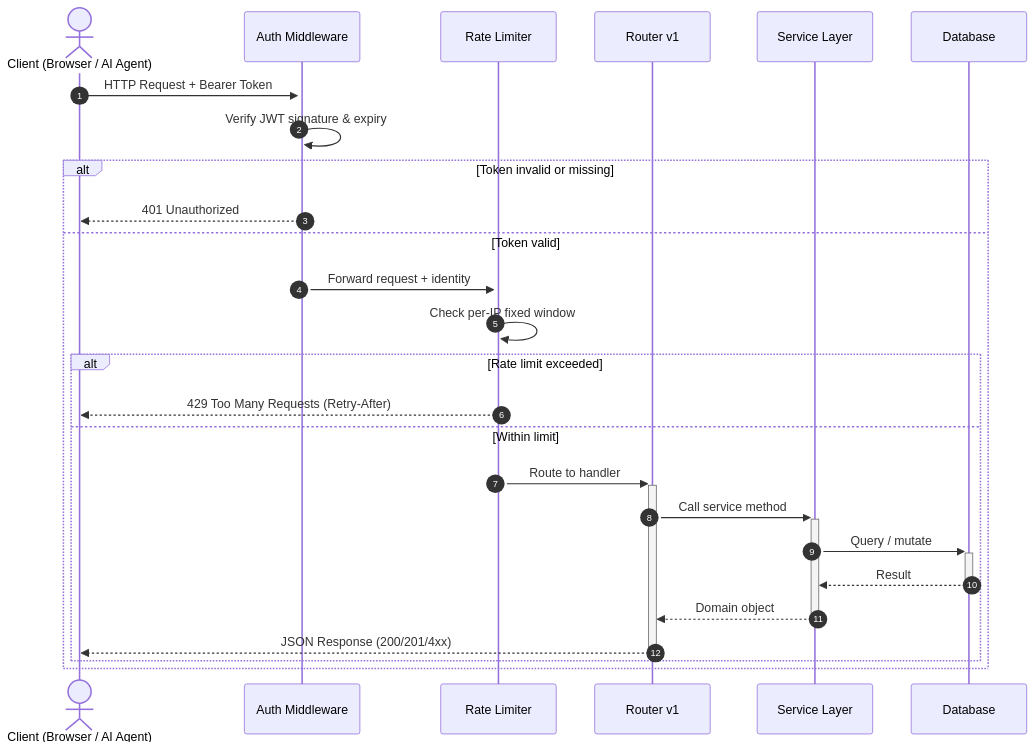
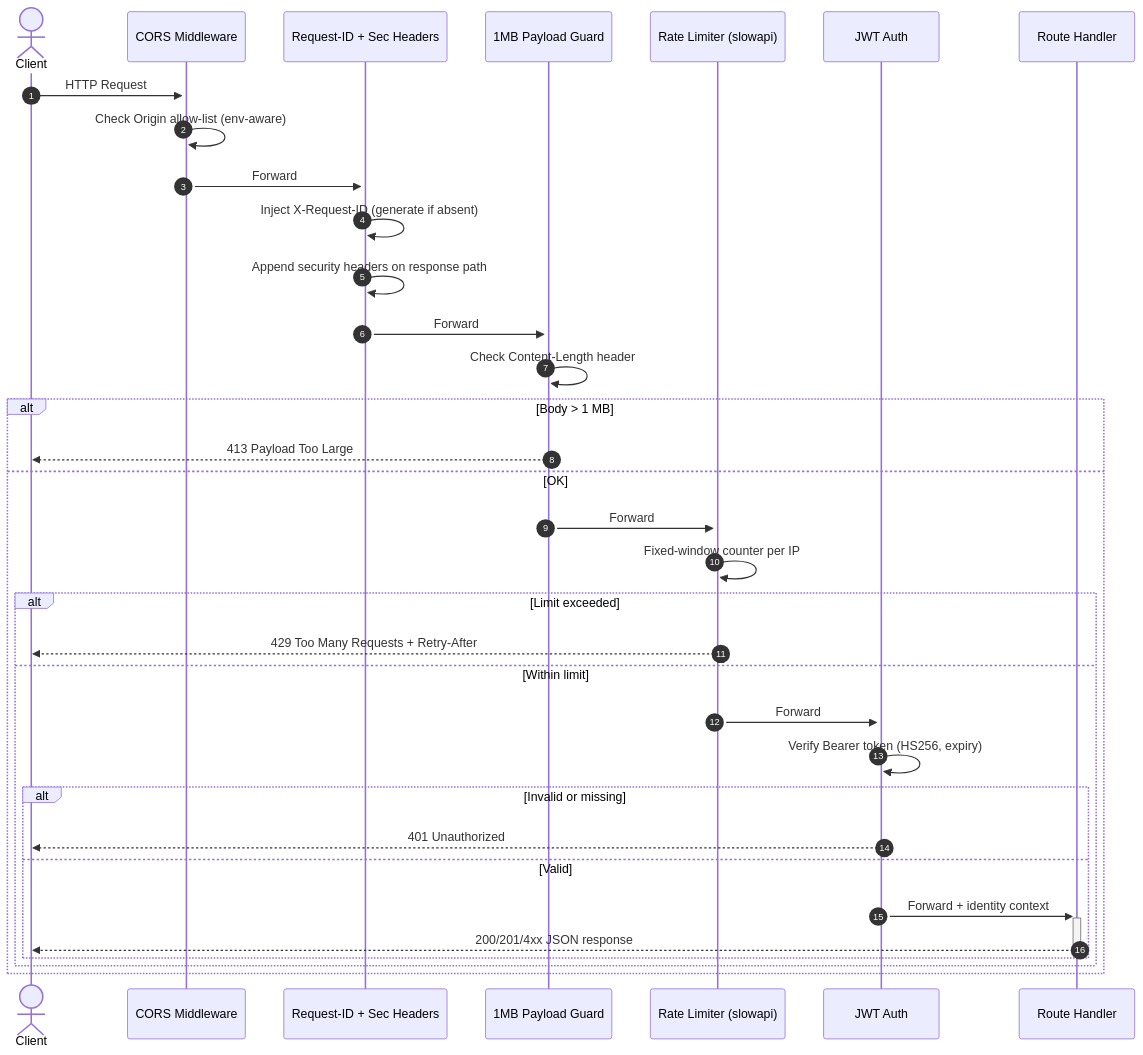
The second of 11 diagrams in README.md (simply-mihir/AgentSetu), drawn with Mermaid before and after one commit. The commit also changed other lines of this file and 1 other file, not shown here.

````diff
--- a/README.md
+++ b/README.md
@@ -189,29 +225,37 @@
 ```mermaid
 sequenceDiagram
     autonumber
-    actor Client as Client (Browser / AI Agent)
-    participant MW as Auth Middleware
-    participant RL as Rate Limiter
-    participant R as Router v1
-    participant Svc as Service Layer
-    participant DB as Database
+    actor C as Client
+    participant CORS as CORS Middleware
+    participant RID as Request-ID + Sec Headers
+    participant SG as 1MB Payload Guard
+    participant RL as Rate Limiter (slowapi)
+    participant JWT as JWT Auth
+    participant R as Route Handler
 
-    Client->>+MW: HTTP Request + Bearer Token
-    MW->>MW: Verify JWT signature & expiry
-    alt Token invalid or missing
-        MW-->>Client: 401 Unauthorized
-    else Token valid
-        MW->>+RL: Forward request + identity
-        RL->>RL: Check per-IP fixed window
-        alt Rate limit exceeded
-            RL-->>Client: 429 Too Many Requests (Retry-After)
+    C->>+CORS: HTTP Request
+    CORS->>CORS: Check Origin allow-list (env-aware)
+    CORS->>+RID: Forward
+    RID->>RID: Inject X-Request-ID (generate if absent)
+    RID->>RID: Append security headers on response path
+    RID->>+SG: Forward
+    SG->>SG: Check Content-Length header
+    alt Body > 1 MB
+        SG-->>C: 413 Payload Too Large
+    else OK
+        SG->>+RL: Forward
+        RL->>RL: Fixed-window counter per IP
+        alt Limit exceeded
+            RL-->>C: 429 Too Many Requests + Retry-After
         else Within limit
-            RL->>+R: Route to handler
-            R->>+Svc: Call service method
-            Svc->>+DB: Query / mutate
-            DB-->>-Svc: Result
-            Svc-->>-R: Domain object
-            R-->>-Client: JSON Response (200/201/4xx)
+            RL->>+JWT: Forward
+            JWT->>JWT: Verify Bearer token (HS256, expiry)
+            alt Invalid or missing
+                JWT-->>C: 401 Unauthorized
+            else Valid
+                JWT->>+R: Forward + identity context
+                R-->>-C: 200/201/4xx JSON response
+            end
         end
     end
 ```
````
